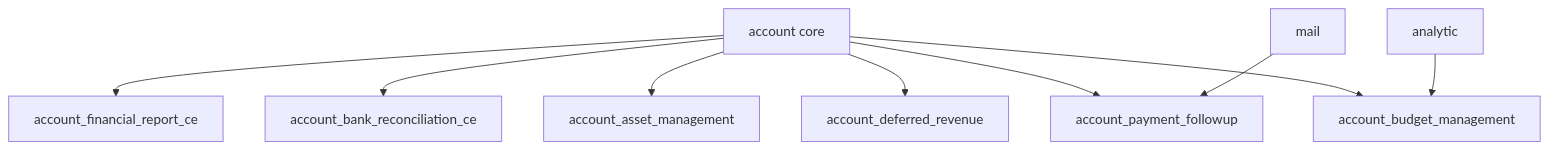
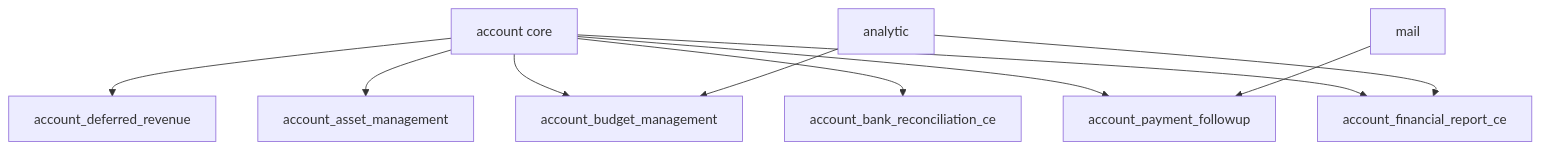
One commit to Blitzy-Sandbox/blitzy-odoo changed the second of 5 diagrams in blitzy/documentation/Technical Specifications.md. Above: the diagram before and after it, drawn with Mermaid. The commit also changed other lines of this file and 1 other file, not shown here.

````diff
--- a/blitzy/documentation/Technical Specifications.md
+++ b/blitzy/documentation/Technical Specifications.md
@@ -812,11 +812,12 @@
 ```mermaid
 graph TD
     ACC[account core] --> AFR[account_financial_report_ce]
     ACC --> ABR[account_bank_reconciliation_ce]
     ACC --> AAM[account_asset_management]
     ACC --> ADR[account_deferred_revenue]
     ACC --> APF[account_payment_followup]
     ACC --> ABM[account_budget_management]
     ANALYTIC[analytic] --> ABM
+    ANALYTIC --> AFR
     MAIL[mail] --> APF
 ```
````
